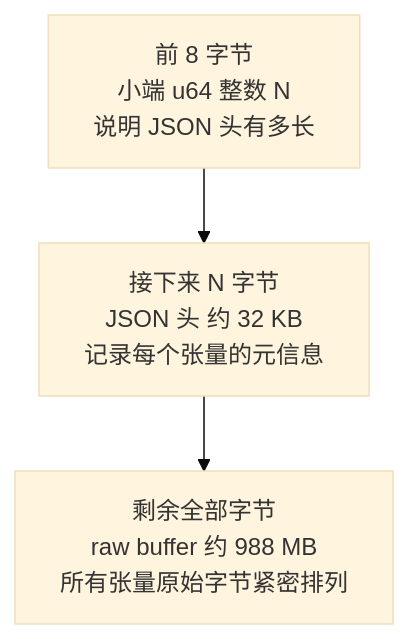
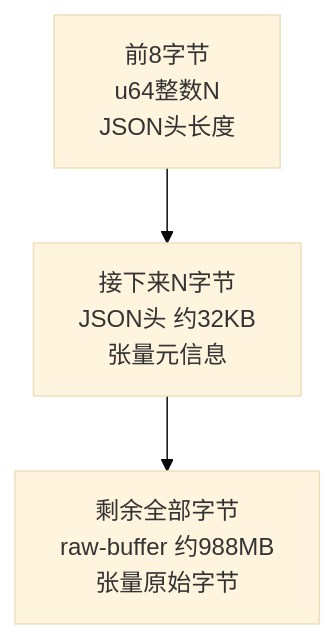
One commit to Michelinboard436/inference-learn changed the first of 3 diagrams in docs/02-weights.md. Above: the diagram before and after it, drawn with Mermaid (base theme). The commit also changed 2 other files, not shown here.

Commit message:
fix: 修复 Mermaid 节点文字被截断 (空格+中文逗号问题)
- 02-weights: 去掉节点文字里的多余空格
- 06-tokenizer: 修复 world→1879 双空格
- 英文版同步修复

````diff
--- a/docs/02-weights.md
+++ b/docs/02-weights.md
@@ -40,7 +40,7 @@
 ```mermaid
 flowchart TB
-    A["前 8 字节<br/>小端 u64 整数 N<br/>说明 JSON 头有多长"]
-    B["接下来 N 字节<br/>JSON 头 约 32 KB<br/>记录每个张量的元信息"]
-    C["剩余全部字节<br/>raw buffer 约 988 MB<br/>所有张量原始字节紧密排列"]
+    A["前8字节<br/>u64整数N<br/>JSON头长度"]
+    B["接下来N字节<br/>JSON头 约32KB<br/>张量元信息"]
+    C["剩余全部字节<br/>raw-buffer 约988MB<br/>张量原始字节"]
     A --> B --> C
 ```
````
